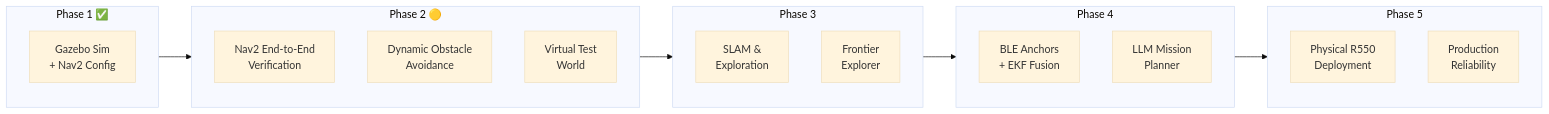
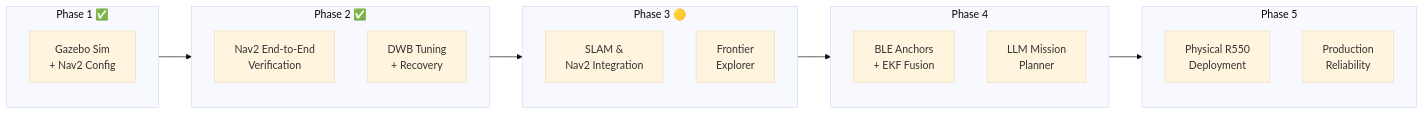
The diagram in docs/0.0 Project Goal.md (LordOfBug/ros2dev), drawn with Mermaid (base theme) before and after one commit. The commit also changed other lines of this file and 2 other files, not shown here.

Commit message:
Test dynamic obstacle

````diff
--- a/docs/0.0 Project Goal.md
+++ b/docs/0.0 Project Goal.md
@@ -18,29 +18,28 @@
 ```mermaid
 graph LR
     subgraph P1["Phase 1 ✅"]
         S1["Gazebo Sim<br/>+ Nav2 Config"]
     end
 
-    subgraph P2["Phase 2 🟡"]
+    subgraph P2["Phase 2 ✅"]
         S2a["Nav2 End-to-End<br/>Verification"]
-        S2b["Dynamic Obstacle<br/>Avoidance"]
-        S2c["Virtual Test<br/>World"]
+        S2b["DWB Tuning<br/>+ Recovery"]
     end
 
-    subgraph P3["Phase 3"]
-        S3a["SLAM &<br/>Exploration"]
+    subgraph P3["Phase 3 🟡"]
+        S3a["SLAM &<br/>Nav2 Integration"]
         S3b["Frontier<br/>Explorer"]
     end
 
     subgraph P4["Phase 4"]
         S4a["BLE Anchors<br/>+ EKF Fusion"]
         S4b["LLM Mission<br/>Planner"]
     end
 
     subgraph P5["Phase 5"]
         S5a["Physical R550<br/>Deployment"]
         S5b["Production<br/>Reliability"]
     end
 
     P1 --> P2 --> P3 --> P4 --> P5
 ```
````
